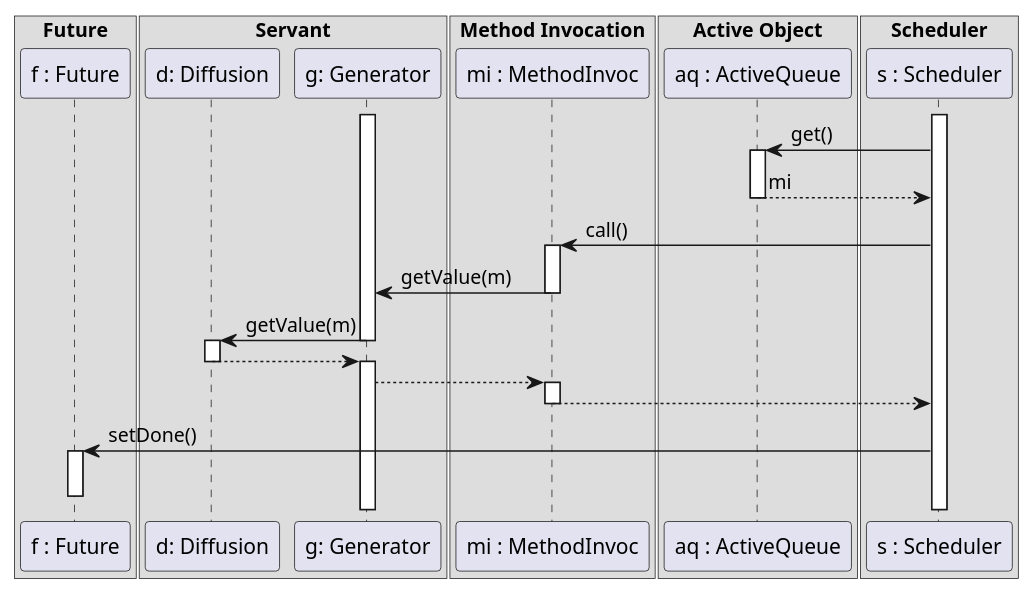
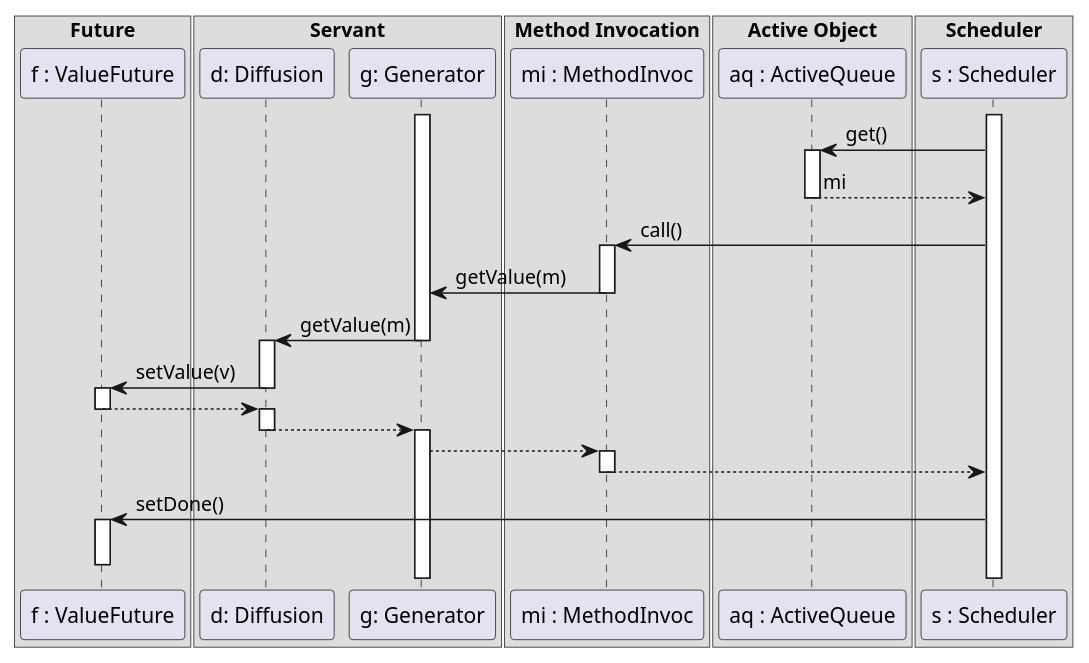
The diagram in AOC/TP1/getValueAsync2.puml (malahx/ISTIC), drawn with PlantUML before and after one commit. The commit also changed 4 other files, not shown here.

```diff
--- a/AOC/TP1/getValueAsync2.puml
+++ b/AOC/TP1/getValueAsync2.puml
@@ -1,41 +1,47 @@
 @startuml
 box "Future"
-    participant "f : Future" as f
+    participant "f : ValueFuture" as f
 end box
 box "Servant"
     participant "d: Diffusion" as d
     participant "g: Generator" as g
 end box
 box "Method Invocation"
     participant "mi : MethodInvoc" as mi
 end box
 box "Active Object"
     participant "aq : ActiveQueue" as aq
 end box
 box "Scheduler"
     participant "s : Scheduler" as s
 end box
 activate g
 activate s
 s -> aq: get()
 activate aq
 aq --> s: mi
 deactivate aq
 s -> mi: call()
 activate mi
 mi -> g: getValue(m)
 deactivate mi
 g -> d: getValue(m)
 deactivate g
 activate d
+d -> f: setValue(v)
+deactivate d
+activate f
+f --> d
+deactivate f
+activate d
 d --> g
 deactivate d
 activate g
 g --> mi
 activate mi
 mi --> s
 deactivate mi
 s -> f: setDone()
 activate f
 deactivate f
 @enduml
```
